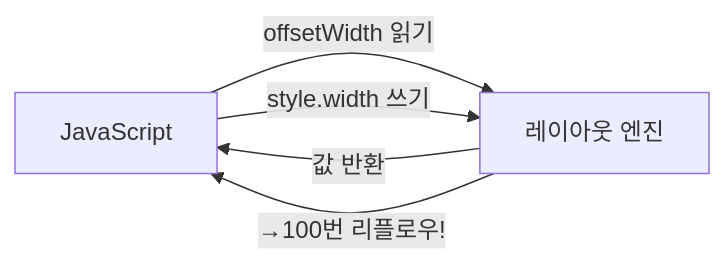
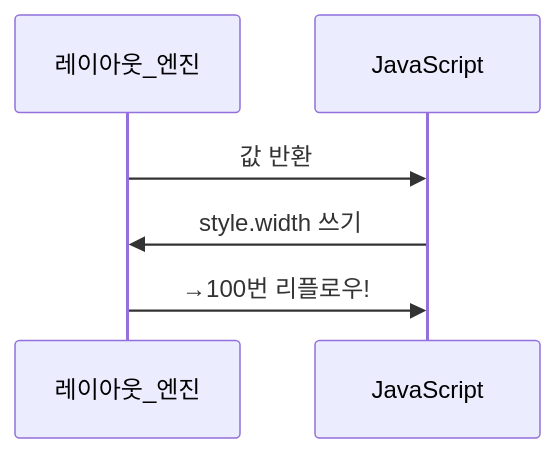
The seventh of 10 diagrams in _posts/frontend/2026-05-02-browser-rendering.md (yjkim2015/yjkim2015.github.io), drawn with Mermaid before and after one commit. The commit also changed 89 other files, not shown here.

First line of the commit message:
복잡한 flowchart 163개 → sequenceDiagram 변환 (90파일)

````diff
--- a/_posts/frontend/2026-05-02-browser-rendering.md
+++ b/_posts/frontend/2026-05-02-browser-rendering.md
@@ -231,7 +231,6 @@
 ```mermaid
-graph LR
-    JS["JavaScript"] -->|"offsetWidth 읽기"| LAYOUT["레이아웃 엔진"]
-    LAYOUT -->|"값 반환"| JS
-    JS -->|"style.width 쓰기"| LAYOUT
-    LAYOUT -->|"→100번 리플로우!"| JS
+sequenceDiagram
+    레이아웃_엔진->>JavaScript: 값 반환
+    JavaScript->>레이아웃_엔진: style.width 쓰기
+    레이아웃_엔진->>JavaScript: →100번 리플로우!
 ```
````
